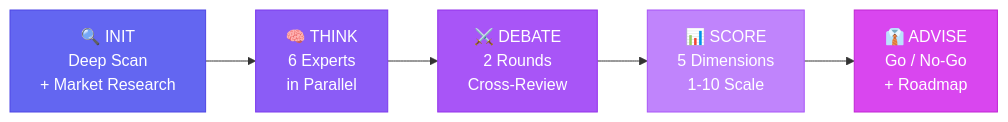
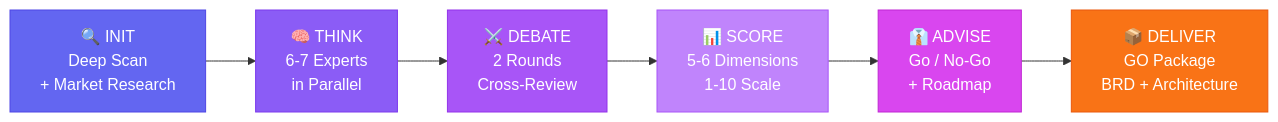
One commit to ebnrdwan/GangPlugin changed the first of 3 diagrams in gang/README.md. Above: the diagram before and after it, drawn with Mermaid. The commit also changed other lines of this file and 11 other files, not shown here.

````diff
--- a/gang/README.md
+++ b/gang/README.md
@@ -45,13 +45,15 @@
 ```mermaid
 graph LR
-    A["🔍 INIT<br/>Deep Scan<br/>+ Market Research"] --> B["🧠 THINK<br/>6 Experts<br/>in Parallel"]
+    A["🔍 INIT<br/>Deep Scan<br/>+ Market Research"] --> B["🧠 THINK<br/>6-7 Experts<br/>in Parallel"]
     B --> C["⚔️ DEBATE<br/>2 Rounds<br/>Cross-Review"]
-    C --> D["📊 SCORE<br/>5 Dimensions<br/>1-10 Scale"]
+    C --> D["📊 SCORE<br/>5-6 Dimensions<br/>1-10 Scale"]
     D --> E["👔 ADVISE<br/>Go / No-Go<br/>+ Roadmap"]
+    E --> F["📦 DELIVER<br/>GO Package<br/>BRD + Architecture"]
 
     style A fill:#6366f1,stroke:#4f46e5,color:#fff
     style B fill:#8b5cf6,stroke:#7c3aed,color:#fff
     style C fill:#a855f7,stroke:#9333ea,color:#fff
     style D fill:#c084fc,stroke:#a855f7,color:#fff
     style E fill:#d946ef,stroke:#c026d3,color:#fff
+    style F fill:#f97316,stroke:#ea580c,color:#fff
 ```
````
